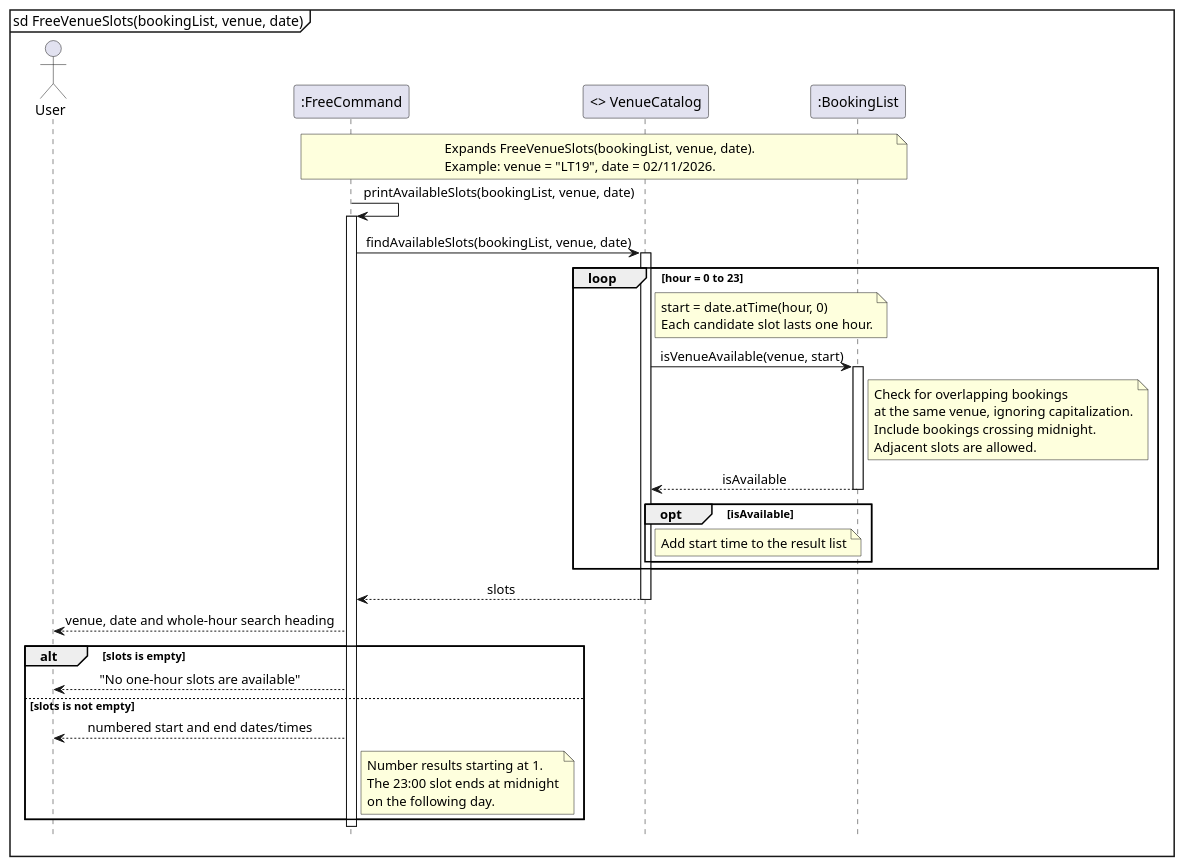
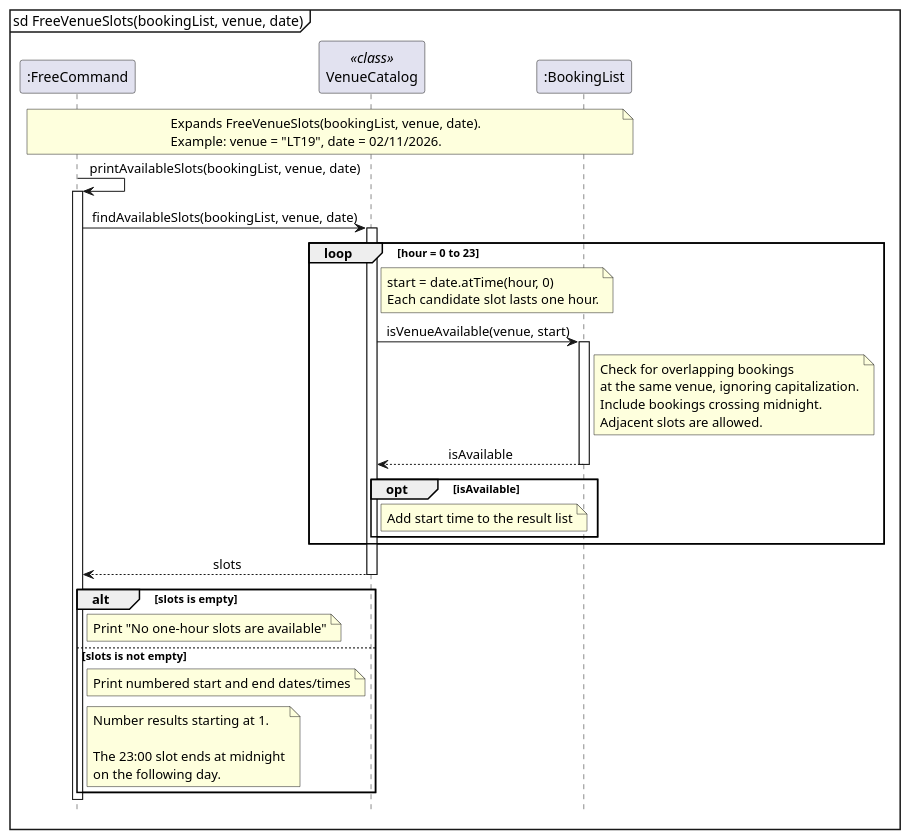
The diagram in docs/UMLDiagrams/FreeVenueSlotsSequenceDiagram.puml (AY2627S1-CS2113-W14-2/tp), drawn with PlantUML before and after one commit. The commit also changed 8 other files, not shown here.

Commit message:
Updated DG diagrams for free and list commands, updated PPP

```diff
--- a/docs/UMLDiagrams/FreeVenueSlotsSequenceDiagram.puml
+++ b/docs/UMLDiagrams/FreeVenueSlotsSequenceDiagram.puml
@@ -1,66 +1,63 @@
-@startuml FreeVenueSlots
+@startuml
 mainframe sd FreeVenueSlots(bookingList, venue, date)
 
 skinparam sequenceMessageAlign center
 hide footbox
 
-actor User
 participant ":FreeCommand" as Free
-participant "<> VenueCatalog" as Catalog
+participant "VenueCatalog" as Catalog <<class>>
 participant ":BookingList" as Bookings
 
 note over Free, Bookings
 Expands FreeVenueSlots(bookingList, venue, date).
 Example: venue = "LT19", date = 02/11/2026.
 end note
 
 Free -> Free: printAvailableSlots(bookingList, venue, date)
 activate Free
 
 Free -> Catalog: findAvailableSlots(bookingList, venue, date)
 activate Catalog
 
 loop hour = 0 to 23
     note right of Catalog
     start = date.atTime(hour, 0)
     Each candidate slot lasts one hour.
     end note
 
     Catalog -> Bookings: isVenueAvailable(venue, start)
     activate Bookings
 
     note right of Bookings
     Check for overlapping bookings
     at the same venue, ignoring capitalization.
     Include bookings crossing midnight.
     Adjacent slots are allowed.
     end note
 
     Bookings --> Catalog: isAvailable
     deactivate Bookings
 
     opt isAvailable
         note right of Catalog: Add start time to the result list
     end
 end
 
 Catalog --> Free: slots
 deactivate Catalog
 
-Free --> User: venue, date and whole-hour search heading
-
 alt slots is empty
-    Free --> User: "No one-hour slots are available"
+    note right of Free: Print "No one-hour slots are available"
 else slots is not empty
-    Free --> User: numbered start and end dates/times
+    note right of Free: Print numbered start and end dates/times
 
     note right of Free
     Number results starting at 1.
+
     The 23:00 slot ends at midnight
     on the following day.
     end note
 end
 
 deactivate Free
-
 @enduml
```
